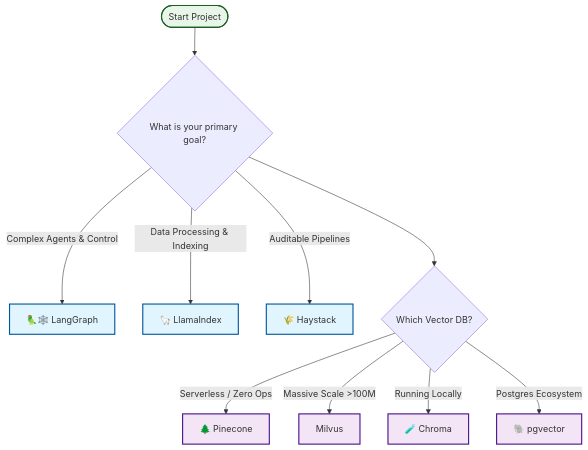
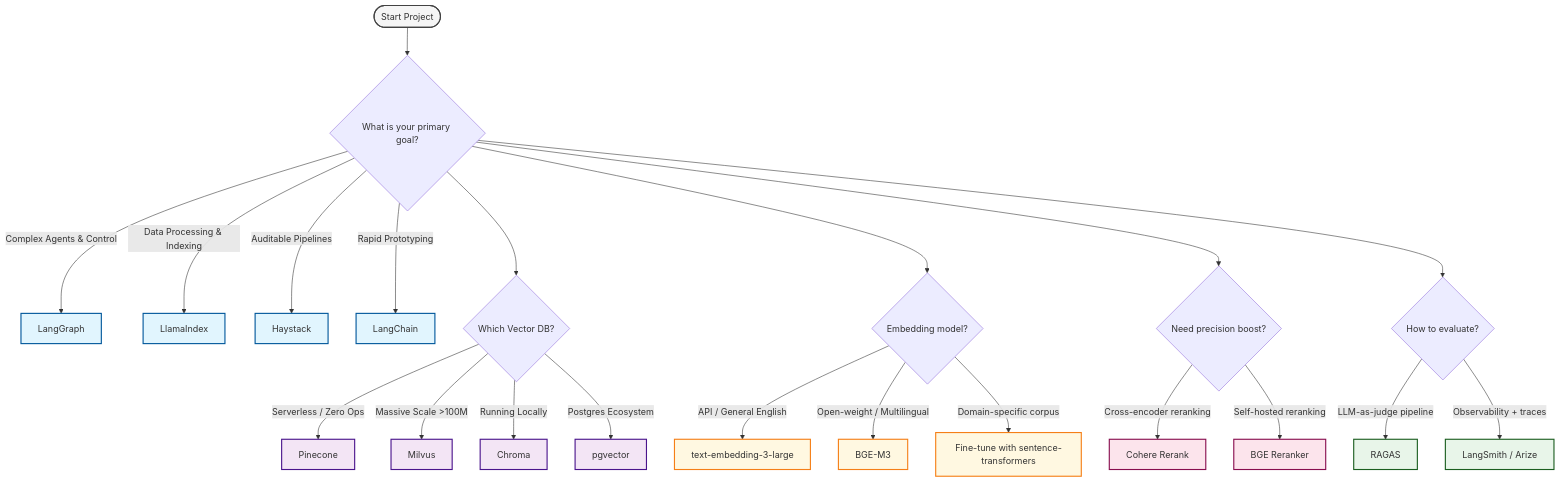
The diagram in README.md (Yigtwxx/Awesome-RAG-Production), drawn with Mermaid before and after one commit. The commit also changed other lines of this file, not shown here.

Commit message:
feat: enhance README with CI badges, expanded architecture sections, and new embedding fine-tuning guide, and add REPO-ANALIZ.md documentation.

````diff
--- a/README.md
+++ b/README.md
@@ -63,25 +71,48 @@
 ```mermaid
 graph TD
     Start([Start Project]) --> UseCase{What is your primary goal?}
-    
+
     %% Framework Selection
-    UseCase -->|Complex Agents & Control| LangGraph[🦜🕸️ LangGraph]
-    UseCase -->|Data Processing & Indexing| LlamaIndex[🦙 LlamaIndex]
-    UseCase -->|Auditable Pipelines| Haystack[🌾 Haystack]
-    
+    UseCase -->|Complex Agents & Control| LangGraph[LangGraph]
+    UseCase -->|Data Processing & Indexing| LlamaIndex[LlamaIndex]
+    UseCase -->|Auditable Pipelines| Haystack[Haystack]
+    UseCase -->|Rapid Prototyping| LangChain[LangChain]
+
     %% Vector DB Selection
     UseCase --> DB{Which Vector DB?}
-    DB -->|Serverless / Zero Ops| Pinecone[🌲 Pinecone]
+    DB -->|Serverless / Zero Ops| Pinecone[Pinecone]
     DB -->|Massive Scale >100M| Milvus[Milvus]
-    DB -->|Running Locally| Chroma[🧪 Chroma]
-    DB -->|Postgres Ecosystem| PGVector[🐘 pgvector]
-    
+    DB -->|Running Locally| Chroma[Chroma]
+    DB -->|Postgres Ecosystem| PGVector[pgvector]
+
+    %% Embedding Model Selection
+    UseCase --> Emb{Embedding model?}
+    Emb -->|API / General English| OpenAIEmb[text-embedding-3-large]
+    Emb -->|Open-weight / Multilingual| BGEМ3[BGE-M3]
+    Emb -->|Domain-specific corpus| FineTune[Fine-tune with sentence-transformers]
+
+    %% Reranking
+    UseCase --> Rerank{Need precision boost?}
+    Rerank -->|Cross-encoder reranking| Cohere[Cohere Rerank]
+    Rerank -->|Self-hosted reranking| BGEReranker[BGE Reranker]
+
+    %% Evaluation
+    UseCase --> Eval{How to evaluate?}
+    Eval -->|LLM-as-judge pipeline| RAGAS[RAGAS]
+    Eval -->|Observability + traces| LangSmith[LangSmith / Arize]
+
     %% Styling
     classDef framework fill:#e1f5fe,stroke:#01579b,stroke-width:2px;
     classDef db fill:#f3e5f5,stroke:#4a148c,stroke-width:2px;
-    classDef start fill:#e8f5e9,stroke:#1b5e20,stroke-width:2px;
-    
-    class LangGraph,LlamaIndex,Haystack framework;
+    classDef embedding fill:#fff8e1,stroke:#f57f17,stroke-width:2px;
+    classDef rerank fill:#fce4ec,stroke:#880e4f,stroke-width:2px;
+    classDef eval fill:#e8f5e9,stroke:#1b5e20,stroke-width:2px;
+    classDef start fill:#f5f5f5,stroke:#424242,stroke-width:2px;
+
+    class LangGraph,LlamaIndex,Haystack,LangChain framework;
     class Pinecone,Milvus,Chroma,PGVector db;
+    class OpenAIEmb,BGEМ3,FineTune embedding;
+    class Cohere,BGEReranker rerank;
+    class RAGAS,LangSmith eval;
     class Start start;
 ```
````
